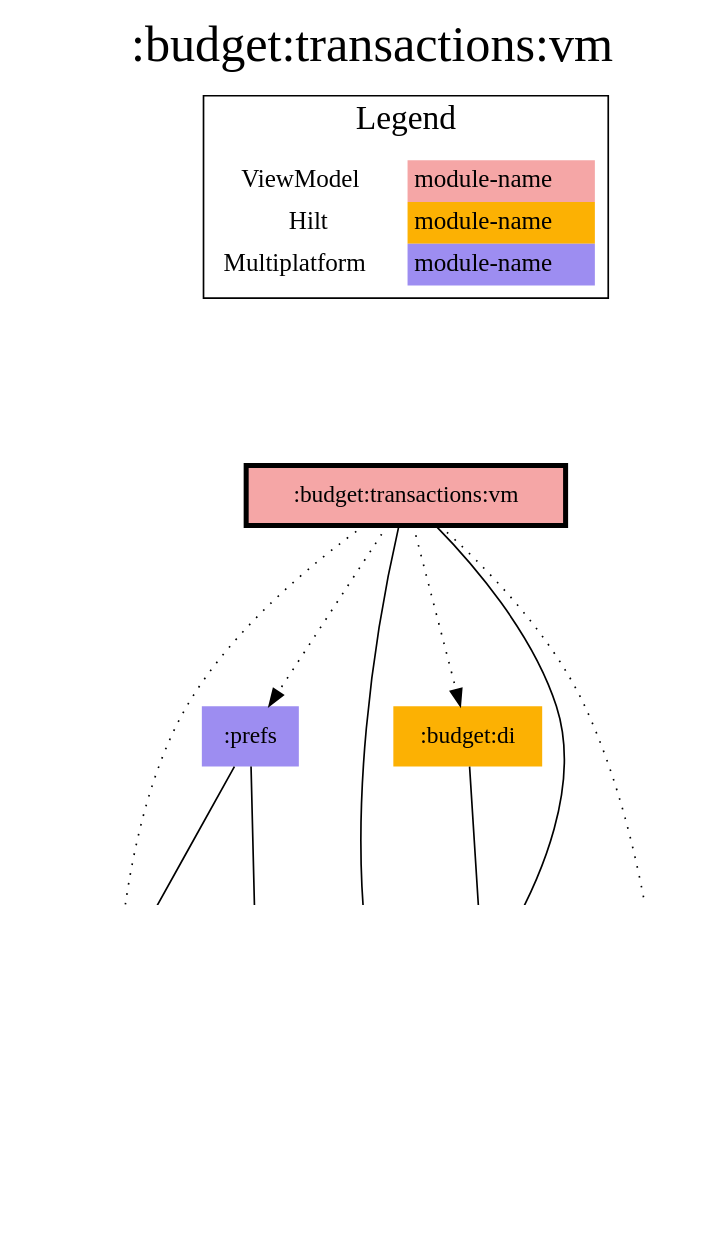
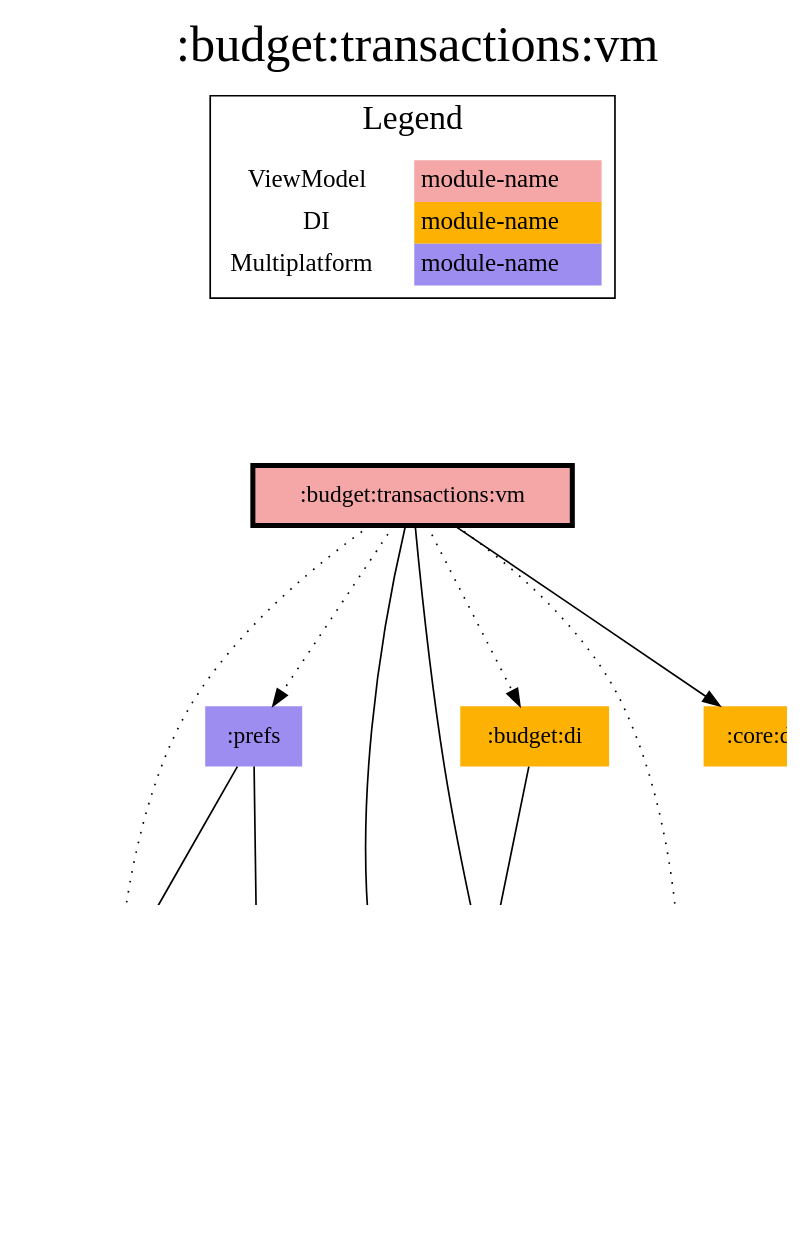
One commit to jonapoul/aktual changed the diagram in modules/budget/transactions/vm/modules.dot. Above: the diagram before and after it, drawn with Graphviz. The commit also changed 217 other files, not shown here.

```diff
--- a/modules/budget/transactions/vm/modules.dot
+++ b/modules/budget/transactions/vm/modules.dot
@@ -1,41 +1,43 @@
 digraph {
 edge ["dir"="forward"]
 graph ["dpi"="100","label"=":budget:transactions:vm","labelloc"="t","fontsize"="30","ranksep"="1.5","rankdir"="TB"]
 node ["style"="filled"]
 ":account:model" ["fillcolor"="#9D8DF1","shape"="none"]
 ":budget:data" ["fillcolor"="#9D8DF1","shape"="none"]
 ":budget:di" ["fillcolor"="#FCB103","shape"="none"]
 ":budget:model" ["fillcolor"="#9D8DF1","shape"="none"]
 ":budget:transactions:vm" ["fillcolor"="#F5A6A6","color"="black","penwidth"="3","shape"="box"]
+":core:di" ["fillcolor"="#FCB103","shape"="none"]
 ":core:model" ["fillcolor"="#9D8DF1","shape"="none"]
 ":logging" ["fillcolor"="#9D8DF1","shape"="none"]
 ":prefs" ["fillcolor"="#9D8DF1","shape"="none"]
 {
 edge ["dir"="none"]
 graph ["rank"="same"]
 ":budget:transactions:vm"
 }
 ":budget:data" -> ":budget:model"
 ":budget:data" -> ":core:model"
 ":budget:data" -> ":logging" ["style"="dotted"]
 ":budget:di" -> ":budget:data"
 ":budget:transactions:vm" -> ":account:model" ["style"="dotted"]
 ":budget:transactions:vm" -> ":budget:data"
 ":budget:transactions:vm" -> ":budget:di" ["style"="dotted"]
 ":budget:transactions:vm" -> ":budget:model"
+":budget:transactions:vm" -> ":core:di"
 ":budget:transactions:vm" -> ":logging" ["style"="dotted"]
 ":budget:transactions:vm" -> ":prefs" ["style"="dotted"]
 ":prefs" -> ":account:model"
 ":prefs" -> ":core:model"
 subgraph "cluster_legend" {
 edge ["dir"="none"]
 graph ["label"="Legend","fontsize"="20"]
 "Legend" ["style"="filled","fillcolor"="#FFFFFF","shape"="none","margin"="0","fontsize"="15","label"=<
 <TABLE BORDER="0" CELLBORDER="0" CELLSPACING="0" CELLPADDING="4">
 <TR><TD>ViewModel</TD><TD BGCOLOR="#F5A6A6">module-name</TD></TR>
-<TR><TD>Hilt</TD><TD BGCOLOR="#FCB103">module-name</TD></TR>
+<TR><TD>DI</TD><TD BGCOLOR="#FCB103">module-name</TD></TR>
 <TR><TD>Multiplatform</TD><TD BGCOLOR="#9D8DF1">module-name</TD></TR>
 </TABLE>
 >]
 } -> ":budget:transactions:vm" ["style"="invis"]
 }
```
